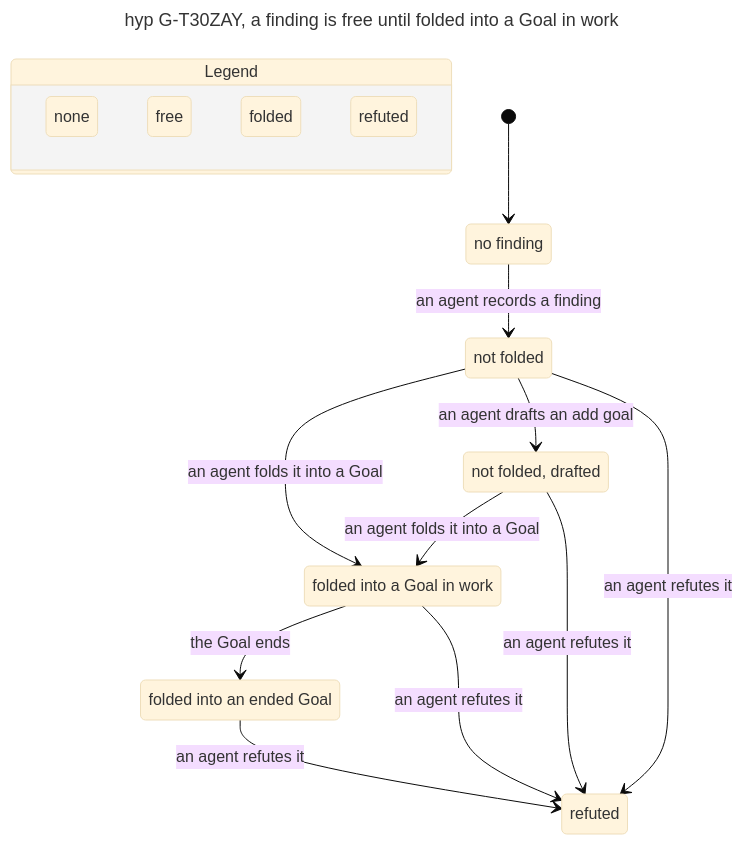
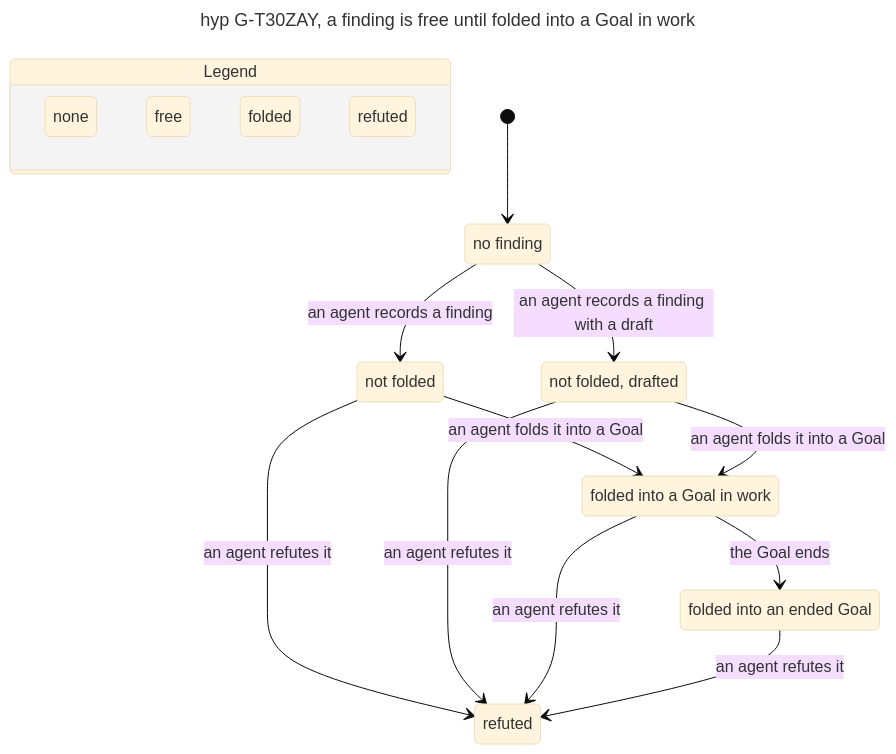
One commit to dat9uy/hyp changed the diagram in goals/G-T30ZAY/specs/chart.mmd. Above: the diagram before and after it, drawn with Mermaid (base theme). The commit also changed 56 other files, not shown here.

```diff
--- a/goals/G-T30ZAY/specs/chart.mmd
+++ b/goals/G-T30ZAY/specs/chart.mmd
@@ -1,36 +1,36 @@
 ---
 title: "hyp G-T30ZAY, a finding is free until folded into a Goal in work"
 ---
 stateDiagram-v2
   state "Legend" as legend {
     lg0: none
     lg1: free
     lg2: folded
     lg3: refuted
   }
   class lg0 blue
   class lg1 teal
   class lg2 purple
   class lg3 orange
   s0: no finding
   s1: not folded
-  s2: folded into a Goal in work
-  s3: not folded, drafted
+  s2: not folded, drafted
+  s3: folded into a Goal in work
   s4: refuted
   s5: folded into an ended Goal
   [*] --> s0
   s0 --> s1: an agent records a finding
-  s1 --> s2: an agent folds it into a Goal
-  s1 --> s3: an agent drafts an add goal
+  s0 --> s2: an agent records a finding with a draft
+  s1 --> s3: an agent folds it into a Goal
   s1 --> s4: an agent refutes it
-  s2 --> s5: the Goal ends
+  s2 --> s3: an agent folds it into a Goal
   s2 --> s4: an agent refutes it
-  s3 --> s2: an agent folds it into a Goal
+  s3 --> s5: the Goal ends
   s3 --> s4: an agent refutes it
   s5 --> s4: an agent refutes it
   class s0 blue
   class s1 teal
-  class s2 purple
-  class s3 teal
+  class s2 teal
+  class s3 purple
   class s4 orange
   class s5 purple
```
